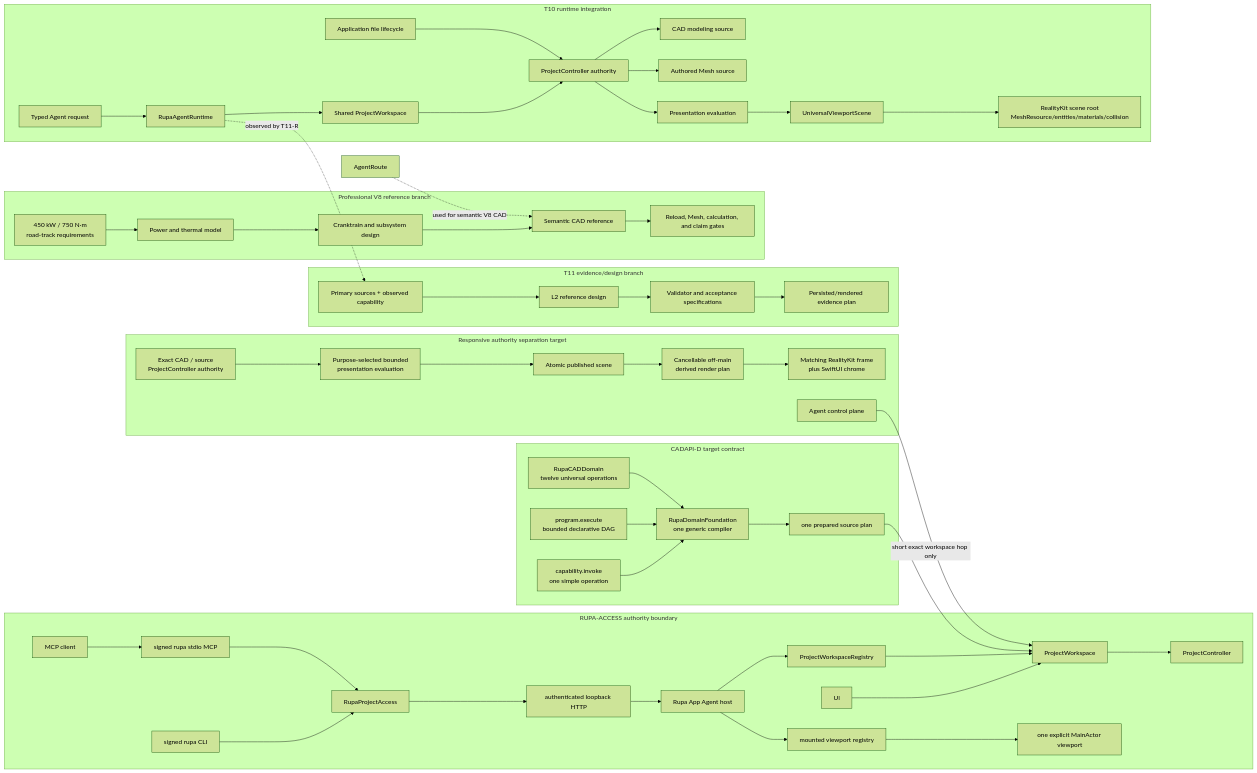
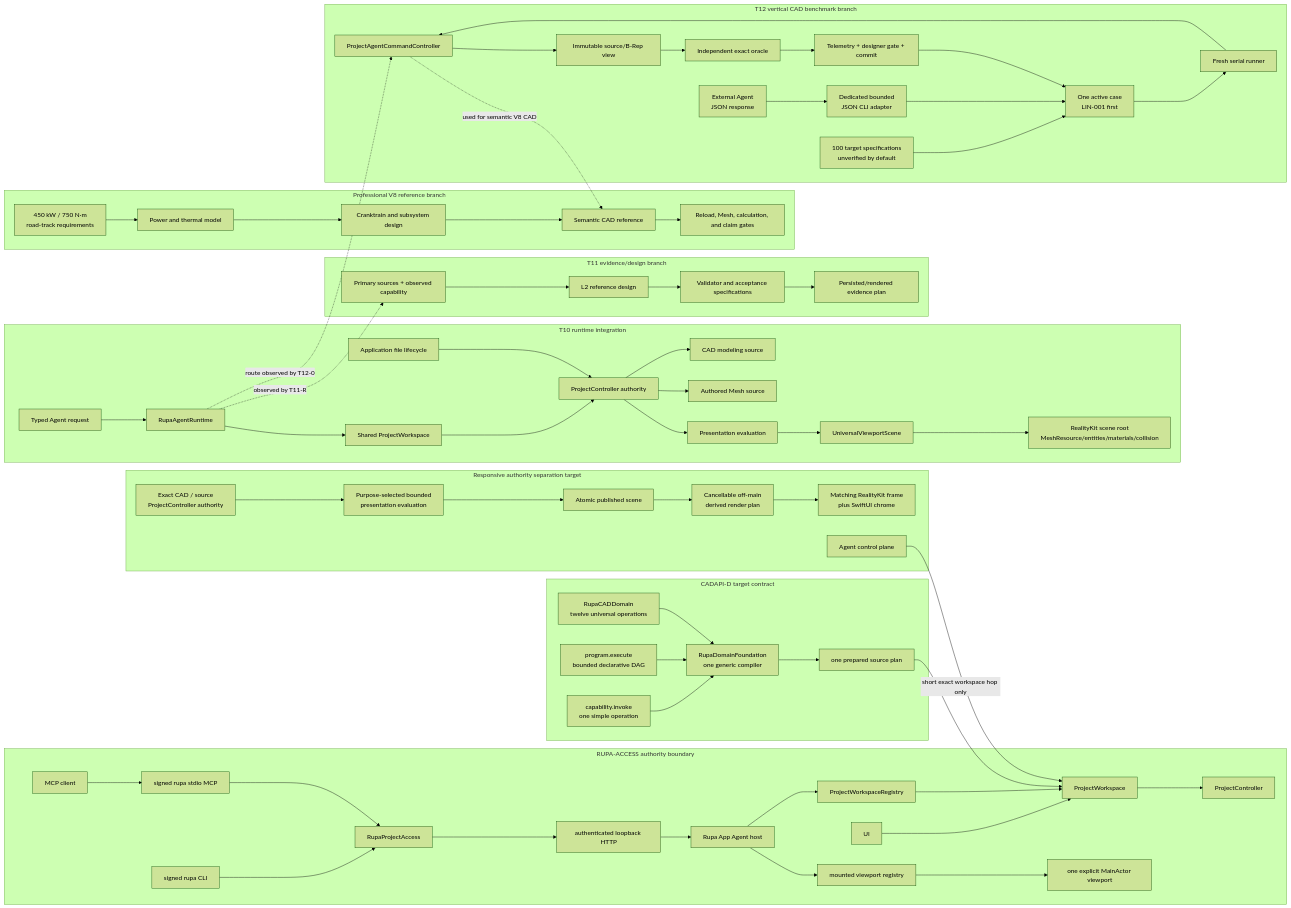
The first of 4 diagrams in DESIGN.md (1amageek/Rupa), drawn with Mermaid (forest theme) before and after one commit. The commit also changed other lines of this file and 293 other files, not shown here.

Commit message:
Restore benchmark verification assets and separate external tools

````diff
--- a/DESIGN.md
+++ b/DESIGN.md
@@ -120,54 +140,66 @@
 ```mermaid
 flowchart LR
     subgraph Access["RUPA-ACCESS authority boundary"]
         UIAccess["UI"] --> WorkspaceAuthority["ProjectWorkspace"]
         CLIAccess["signed rupa CLI"] --> AccessAPI
         MCPClient["MCP client"] --> MCPAccess["signed rupa stdio MCP"]
         MCPAccess --> AccessAPI
         AccessAPI["RupaProjectAccess"] --> LiveAdapter["authenticated loopback HTTP"]
         LiveAdapter --> AppHost["Rupa App Agent host"]
         AppHost --> WorkspaceRegistry["ProjectWorkspaceRegistry"]
         WorkspaceRegistry --> WorkspaceAuthority
         AppHost --> ViewportRegistry["mounted viewport registry"]
         ViewportRegistry --> ViewportState["one explicit MainActor viewport"]
         WorkspaceAuthority --> ControllerAuthority["ProjectController"]
     end
     subgraph T10["T10 runtime integration"]
         Agent["Typed Agent request"] --> Runtime["RupaAgentRuntime"]
         Runtime --> Workspace["Shared ProjectWorkspace"]
         Workspace --> Project["ProjectController authority"]
         Project --> CAD["CAD modeling source"]
         Project --> Mesh["Authored Mesh source"]
         Project --> Eval["Presentation evaluation"]
         Eval --> Scene["UniversalViewportScene"]
         Scene --> Render["RealityKit scene root\nMeshResource/entities/materials/collision"]
         App["Application file lifecycle"] --> Project
     end
     subgraph CADAPI["CADAPI-D target contract"]
         Direct["capability.invoke\none simple operation"] --> Semantic["RupaDomainFoundation\none generic compiler"]
         Program["program.execute\nbounded declarative DAG"] --> Semantic
         CADRegistry["RupaCADDomain\ntwelve universal operations"] --> Semantic
         Semantic --> Prepared["one prepared source plan"]
         Prepared --> WorkspaceAuthority
     end
     subgraph T11["T11 evidence/design branch"]
         Sources["Primary sources + observed capability"] --> Reference["L2 reference design"]
         Reference --> Acceptance["Validator and acceptance specifications"]
         Acceptance --> ArtifactEvidence["Persisted/rendered evidence plan"]
     end
+    subgraph T12["T12 vertical CAD benchmark branch"]
+        Challenge["100 target specifications\nunverified by default"] --> Active["One active case\nLIN-001 first"]
+        External["External Agent\nJSON response"] --> Adapter["Dedicated bounded\nJSON CLI adapter"]
+        Adapter --> Active
+        Active --> Runner["Fresh serial runner"]
+        Runner --> AgentRoute["ProjectAgentCommandController"]
+        AgentRoute --> SourceSnapshot["Immutable source/B-Rep view"]
+        SourceSnapshot --> Oracle["Independent exact oracle"]
+        Oracle --> Gate["Telemetry + designer gate + commit"]
+        Gate --> Active
+    end
     subgraph V8["Professional V8 reference branch"]
         V8Req["450 kW / 750 N·m\nroad-track requirements"] --> V8Thermal["Power and thermal model"]
         V8Thermal --> V8Mechanical["Cranktrain and subsystem design"]
         V8Mechanical --> V8CAD["Semantic CAD reference"]
         V8CAD --> V8Evidence["Reload, Mesh, calculation, and claim gates"]
     end
     subgraph Responsive["Responsive authority separation target"]
         Exact["Exact CAD / source\nProjectController authority"] --> Bounded["Purpose-selected bounded\npresentation evaluation"]
         Bounded --> Published["Atomic published scene"]
         Published --> Derived["Cancellable off-main\nderived render plan"]
         Derived --> Main["Matching RealityKit frame\nplus SwiftUI chrome"]
         Control["Agent control plane"] -->|short exact workspace hop only| WorkspaceAuthority
     end
     Runtime -. "observed by T11-R" .-> Sources
+    Runtime -. "route observed by T12-0" .-> AgentRoute
     AgentRoute -. "used for semantic V8 CAD" .-> V8CAD
 ```
````
